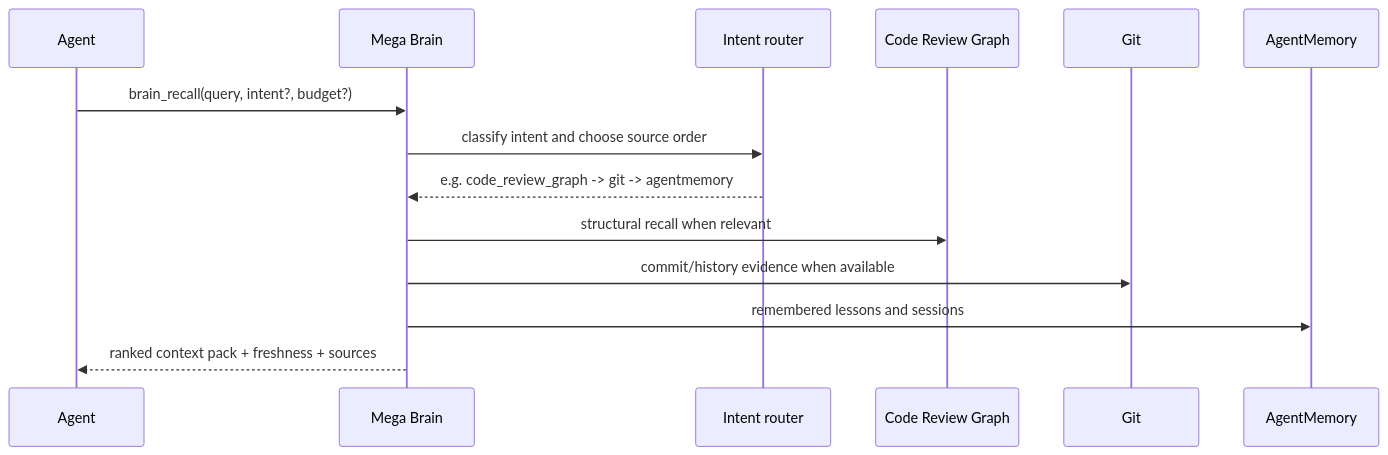
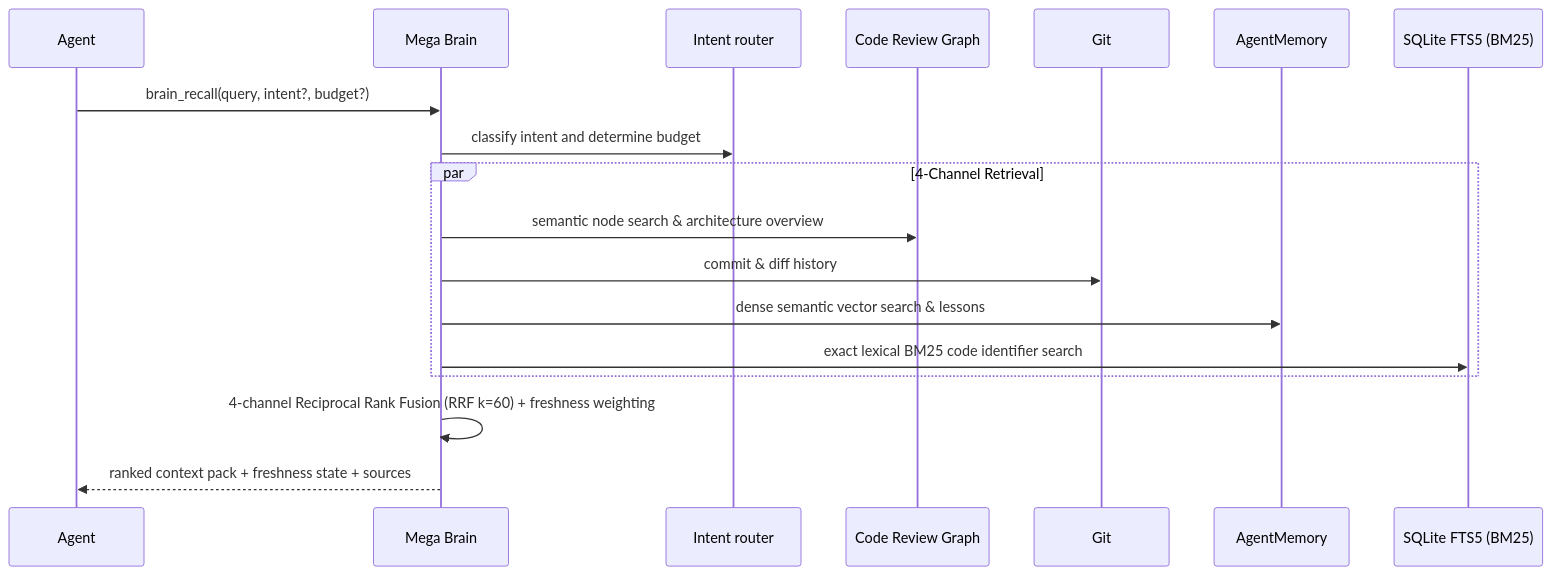
The second of 10 diagrams in README.md (RaffaHr/mega-brain-mcp), drawn with Mermaid before and after one commit. The commit also changed other lines of this file and 1 other file, not shown here.

````diff
--- a/README.md
+++ b/README.md
@@ -222,17 +222,21 @@
 ```mermaid
 sequenceDiagram
   participant Agent
   participant MB as Mega Brain
   participant Router as Intent router
   participant CRG as Code Review Graph
   participant Git
   participant AM as AgentMemory
+  participant FTS as SQLite FTS5 (BM25)
 
   Agent->>MB: brain_recall(query, intent?, budget?)
-  MB->>Router: classify intent and choose source order
-  Router-->>MB: e.g. code_review_graph -> git -> agentmemory
-  MB->>CRG: structural recall when relevant
-  MB->>Git: commit/history evidence when available
-  MB->>AM: remembered lessons and sessions
-  MB-->>Agent: ranked context pack + freshness + sources
+  MB->>Router: classify intent and determine budget
+  par 4-Channel Retrieval
+    MB->>CRG: semantic node search & architecture overview
+    MB->>Git: commit & diff history
+    MB->>AM: dense semantic vector search & lessons
+    MB->>FTS: exact lexical BM25 code identifier search
+  end
+  MB->>MB: 4-channel Reciprocal Rank Fusion (RRF k=60) + freshness weighting
+  MB-->>Agent: ranked context pack + freshness state + sources
 ```
````
